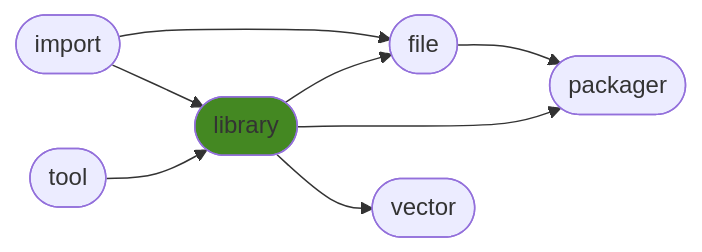
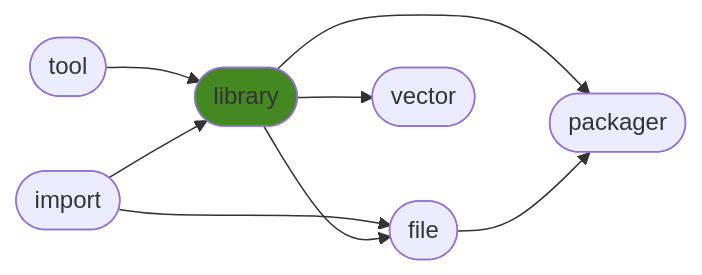
The diagram in README.md (ManderaGeneral/generallibrary), drawn with Mermaid before and after one commit. The commit also changed other lines of this file and 1 other file, not shown here.

````diff
--- a/README.md
+++ b/README.md
@@ -24,17 +24,17 @@
 ```mermaid
 flowchart LR
+2([library]) --> 5([packager])
+1([tool]) --> 2([library])
+2([library]) --> 4([vector])
+0([import]) --> 3([file])
 2([library]) --> 3([file])
 3([file]) --> 5([packager])
-1([tool]) --> 2([library])
-2([library]) --> 5([packager])
-0([import]) --> 3([file])
-2([library]) --> 4([vector])
 0([import]) --> 2([library])
 click 0 "https://github.com/ManderaGeneral/generalimport"
 click 1 "https://github.com/ManderaGeneral/generaltool"
 click 2 "https://github.com/ManderaGeneral/generallibrary"
 click 3 "https://github.com/ManderaGeneral/generalfile"
 click 4 "https://github.com/ManderaGeneral/generalvector"
 click 5 "https://github.com/ManderaGeneral/generalpackager"
 style 2 fill:#482
 ```
````
